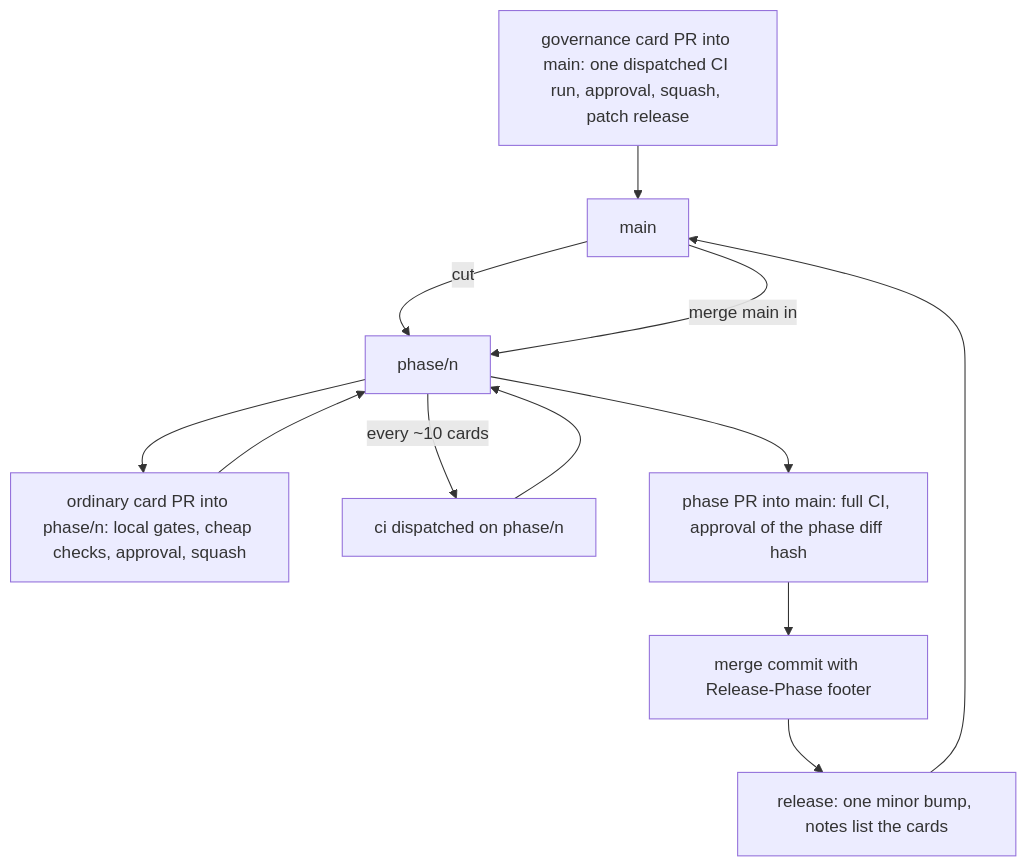
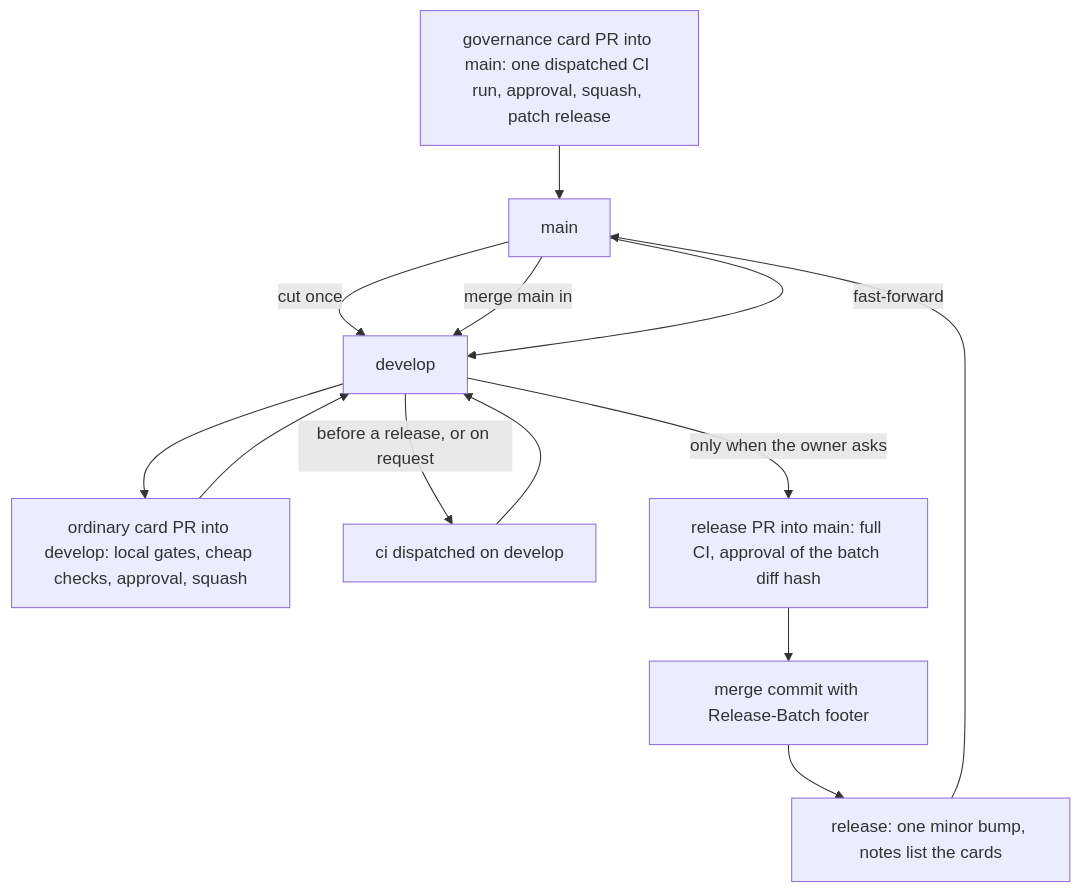
One commit to giamat90/DuckEngine changed the first of 5 diagrams in wiki/workflow/delivery-pipeline.md. Above: the diagram before and after it, drawn with Mermaid. The commit also changed other lines of this file and 17 other files, not shown here.

Commit message:
ci(workflow): ordinary PRs go into develop, develop merges into main on owner request (2-9) (#83)

````diff
--- a/wiki/workflow/delivery-pipeline.md
+++ b/wiki/workflow/delivery-pipeline.md
@@ -27,14 +27,15 @@
 ```mermaid
 flowchart TD
-  M[main] -->|cut| PB[phase/n]
-  PB --> C1[ordinary card PR into phase/n: local gates, cheap checks, approval, squash]
-  C1 --> PB
+  M[main] -->|cut once| D[develop]
+  D --> C1[ordinary card PR into develop: local gates, cheap checks, approval, squash]
+  C1 --> D
   G[governance card PR into main: one dispatched CI run, approval, squash, patch release] --> M
-  M -->|merge main in| PB
-  PB -->|every ~10 cards| CP[ci dispatched on phase/n]
-  CP --> PB
-  PB --> PP[phase PR into main: full CI, approval of the phase diff hash]
-  PP --> MC[merge commit with Release-Phase footer]
+  M -->|merge main in| D
+  D -->|before a release, or on request| CP[ci dispatched on develop]
+  CP --> D
+  D -->|only when the owner asks| RP[release PR into main: full CI, approval of the batch diff hash]
+  RP --> MC[merge commit with Release-Batch footer]
   MC --> R[release: one minor bump, notes list the cards]
   R --> M
+  M -->|fast-forward| D
 ```
````
